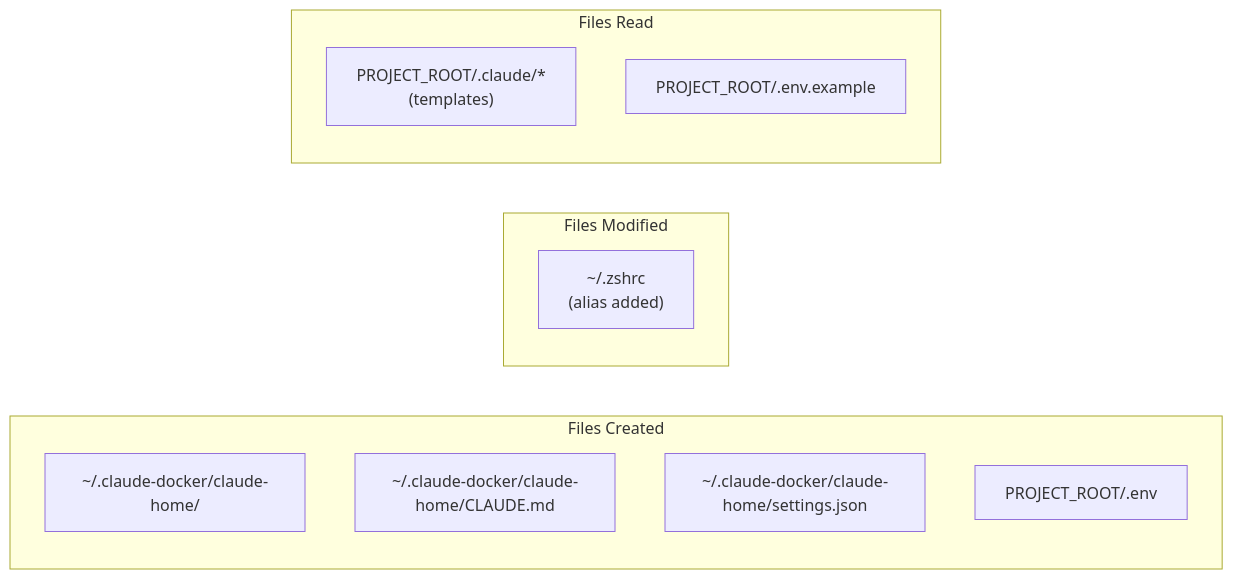
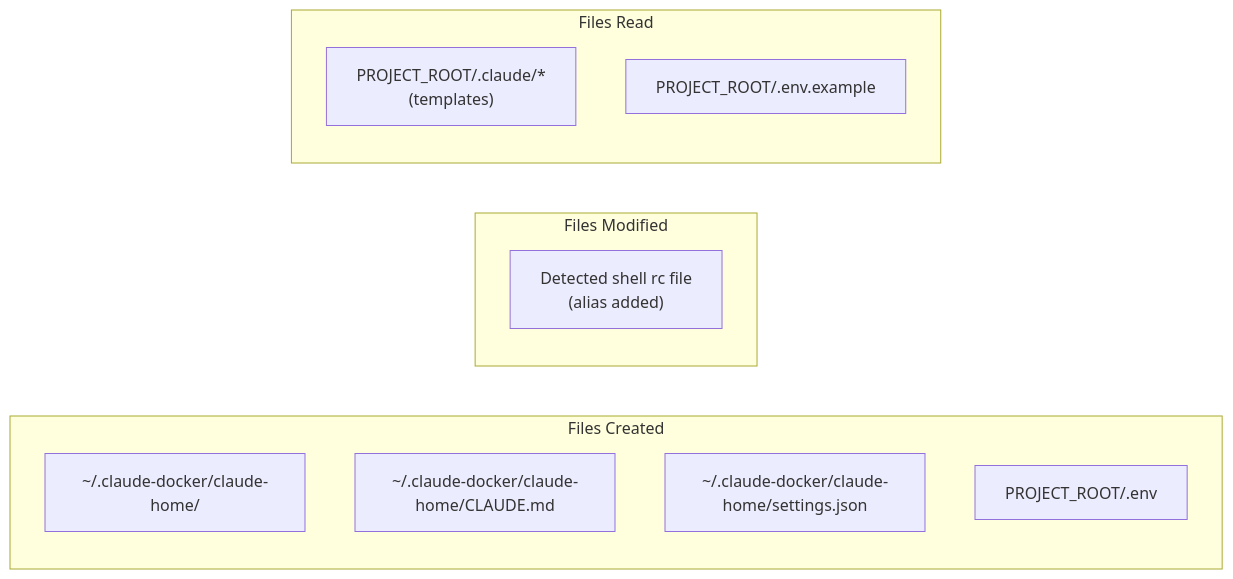
The third of 14 diagrams in docs/architecture-diagrams.md (VishalJ99/claude-docker), drawn with Mermaid before and after one commit. The commit also changed other lines of this file and 5 other files, not shown here.

````diff
--- a/docs/architecture-diagrams.md
+++ b/docs/architecture-diagrams.md
@@ -97,18 +99,18 @@
 ```mermaid
 flowchart LR
     subgraph Created["Files Created"]
         A["~/.claude-docker/claude-home/"]
         B["~/.claude-docker/claude-home/CLAUDE.md"]
         C["~/.claude-docker/claude-home/settings.json"]
         D["PROJECT_ROOT/.env"]
     end
 
     subgraph Modified["Files Modified"]
-        E["~/.zshrc<br/>(alias added)"]
+        E["Detected shell rc file<br/>(alias added)"]
     end
 
     subgraph Read["Files Read"]
         F["PROJECT_ROOT/.claude/*<br/>(templates)"]
         G["PROJECT_ROOT/.env.example"]
     end
 ```
````
